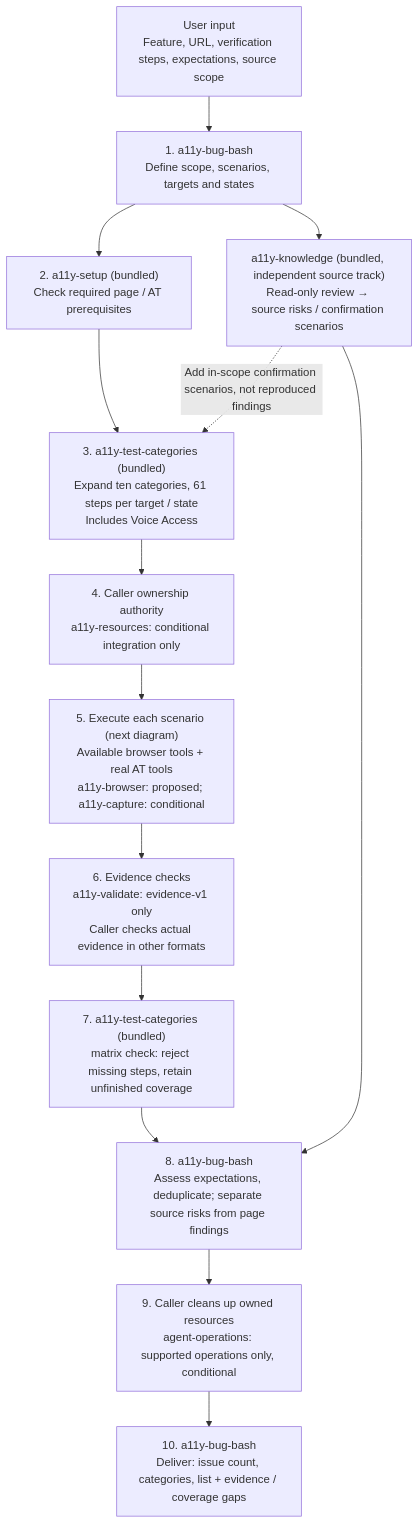
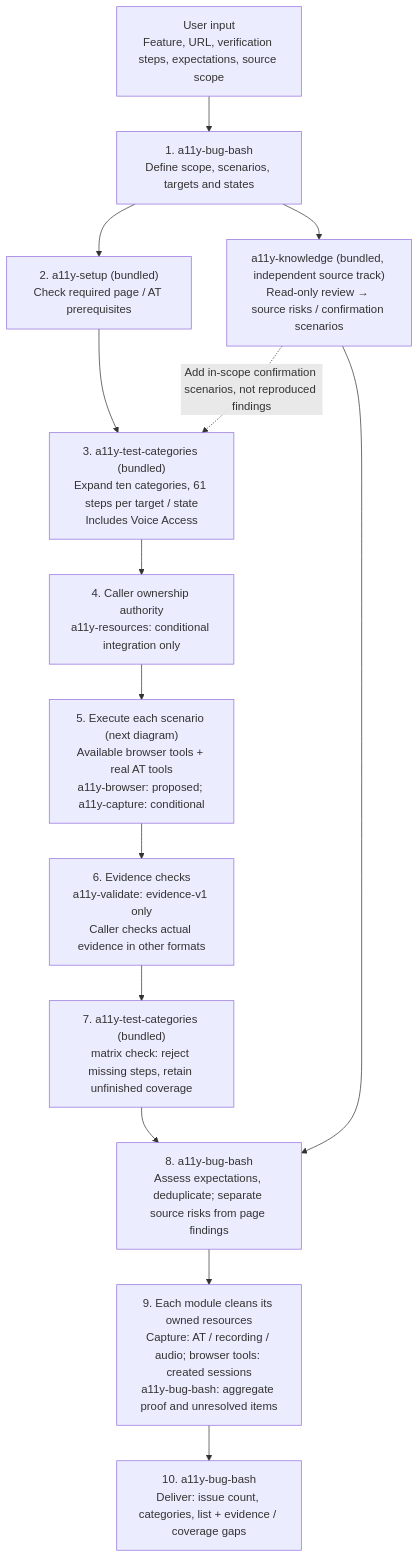
Before and after one commit to kaixun96/dev.A11yAssist: the first of 2 diagrams in docs/BUG-BASH-ARCHITECTURE.md, drawn with Mermaid. The commit also changed other lines of this file and 309 other files, not shown here.

First line of the commit message:
Remove standalone operations plugin and require capture lifecycle checks

````diff
--- a/docs/BUG-BASH-ARCHITECTURE.md
+++ b/docs/BUG-BASH-ARCHITECTURE.md
@@ -84,20 +83,20 @@
 ```mermaid
 flowchart TD
     U["User input<br/>Feature, URL, verification steps, expectations, source scope"]
     P["1. a11y-bug-bash<br/>Define scope, scenarios, targets and states"]
     S["2. a11y-setup (bundled)<br/>Check required page / AT prerequisites"]
     C["3. a11y-test-categories (bundled)<br/>Expand ten categories, 61 steps per target / state<br/>Includes Voice Access"]
     R["4. Caller ownership authority<br/>a11y-resources: conditional integration only"]
     E["5. Execute each scenario (next diagram)<br/>Available browser tools + real AT tools<br/>a11y-browser: proposed; a11y-capture: conditional"]
     K["a11y-knowledge (bundled, independent source track)<br/>Read-only review → source risks / confirmation scenarios"]
     V["6. Evidence checks<br/>a11y-validate: evidence-v1 only<br/>Caller checks actual evidence in other formats"]
     G["7. a11y-test-categories (bundled)<br/>matrix check: reject missing steps, retain unfinished coverage"]
     A["8. a11y-bug-bash<br/>Assess expectations, deduplicate; separate source risks from page findings"]
-    O["9. Caller cleans up owned resources<br/>agent-operations: supported operations only, conditional"]
+    O["9. Each module cleans its owned resources<br/>Capture: AT / recording / audio; browser tools: created sessions<br/>a11y-bug-bash: aggregate proof and unresolved items"]
     F["10. a11y-bug-bash<br/>Deliver: issue count, categories, list + evidence / coverage gaps"]
     U --> P
     P --> S --> C --> R --> E --> V --> G --> A --> O --> F
     P --> K
     K --> A
     K -. "Add in-scope confirmation scenarios, not reproduced findings" .-> C
 ```
````
